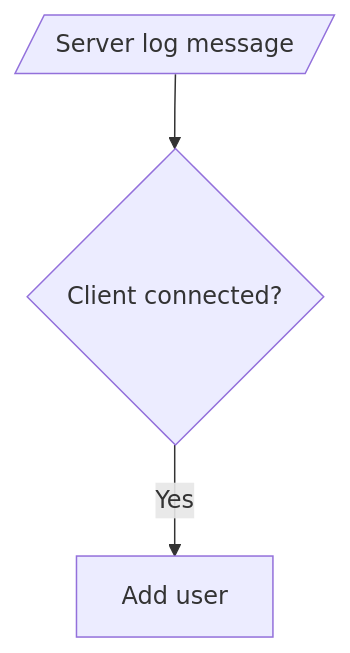
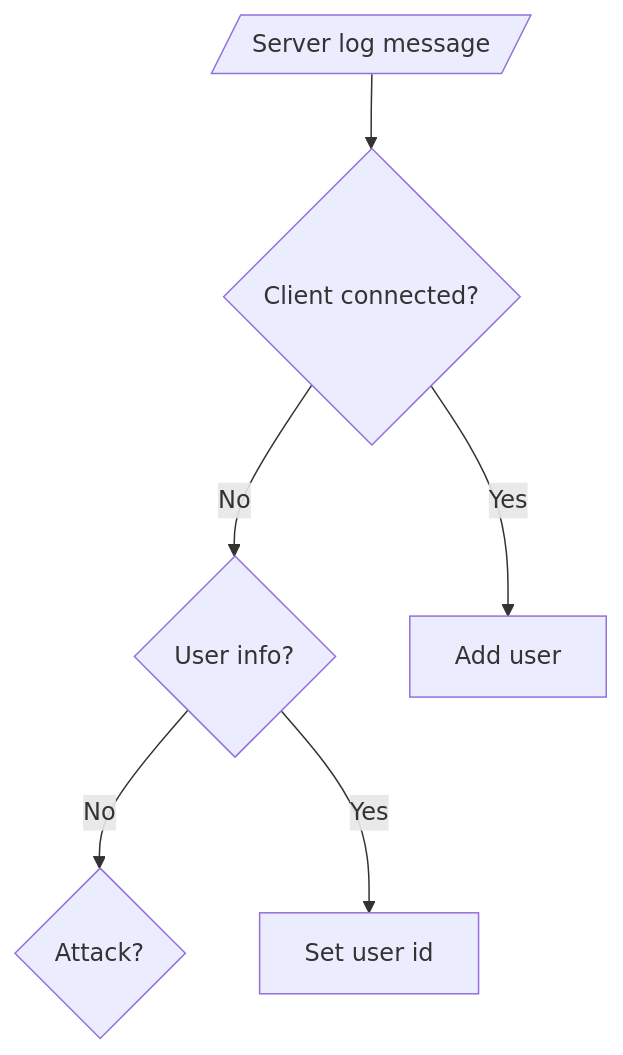
One commit to carlosjhr64/l4d2-observer changed the diagram in README.md. Above: the diagram before and after it, drawn with Mermaid.

Commit message:
mermaid - yes/no - process

````diff
--- a/README.md
+++ b/README.md
@@ -32,6 +32,8 @@
 ```mermaid
 flowchart TD
   A[/Server log message/]-->B{Client connected?}
-  direction LR B-->|No| C{User info?}
+  B-->|No| C{User info?}
   B-->|Yes| Bp[Add user]
+  C-->|No| D{Attack?}
+  C-->|Yes| Cp[Set user id]
 ```
````
